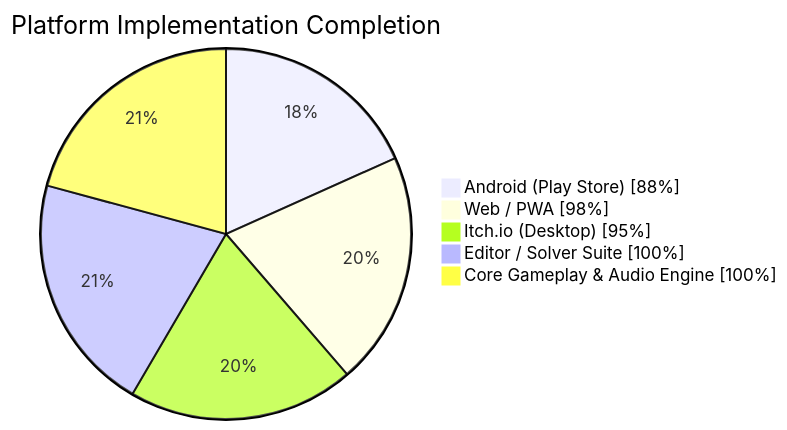
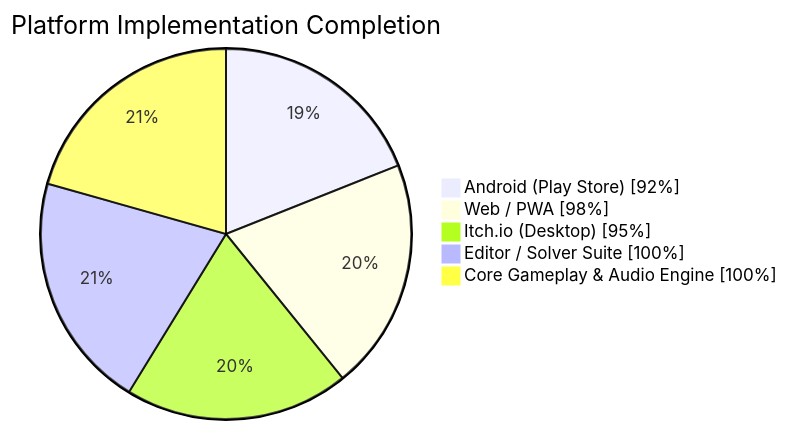
One commit to DhineshMoorthy-gamedev/TUMBLEWORD changed the diagram in docs/Cross-Platform Implementation & Platform Readiness Report.md. Above: the diagram before and after it, drawn with Mermaid. The commit also changed other lines of this file and 53 other files, not shown here.

````diff
--- a/docs/Cross-Platform Implementation & Platform Readiness Report.md
+++ b/docs/Cross-Platform Implementation & Platform Readiness Report.md
@@ -14,8 +15,8 @@
 ```mermaid
 pie title Platform Implementation Completion
-    "Android (Play Store) [88%]" : 88
+    "Android (Play Store) [92%]" : 92
     "Web / PWA [98%]" : 98
     "Itch.io (Desktop) [95%]" : 95
     "Editor / Solver Suite [100%]" : 100
     "Core Gameplay & Audio Engine [100%]" : 100
 ```
````
